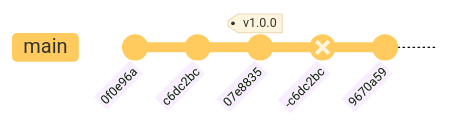
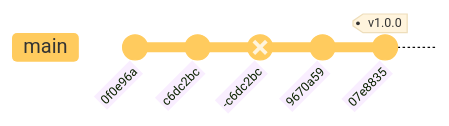
Before and after one commit to umr-marbec/git-training: the ninth of 28 diagrams in git-training.qmd, drawn with Mermaid. The commit also changed other lines of this file and 1 other file, not shown here.

````diff
--- a/git-training.qmd
+++ b/git-training.qmd
@@ -296,12 +298,12 @@
 ```{mermaid}
-%%|label: fig-graph6
+%%|label: graph3
 %%| fig-width: 5
 %%| fig-align: center
 %%{init: { 'logLevel': 'debug', 'theme': 'base', 'gitGraph': {'rotateCommitLabel': true}}}%%
 gitGraph
     commit id: "0f0e96a"
     commit id: "c6dc2bc"
-    commit id: "07e8835" tag: "v1.0.0"
     commit id: "-c6dc2bc" type: REVERSE
     commit id: "9670a59"
+    commit id: "07e8835" tag: "v1.0.0"
 ```
````
